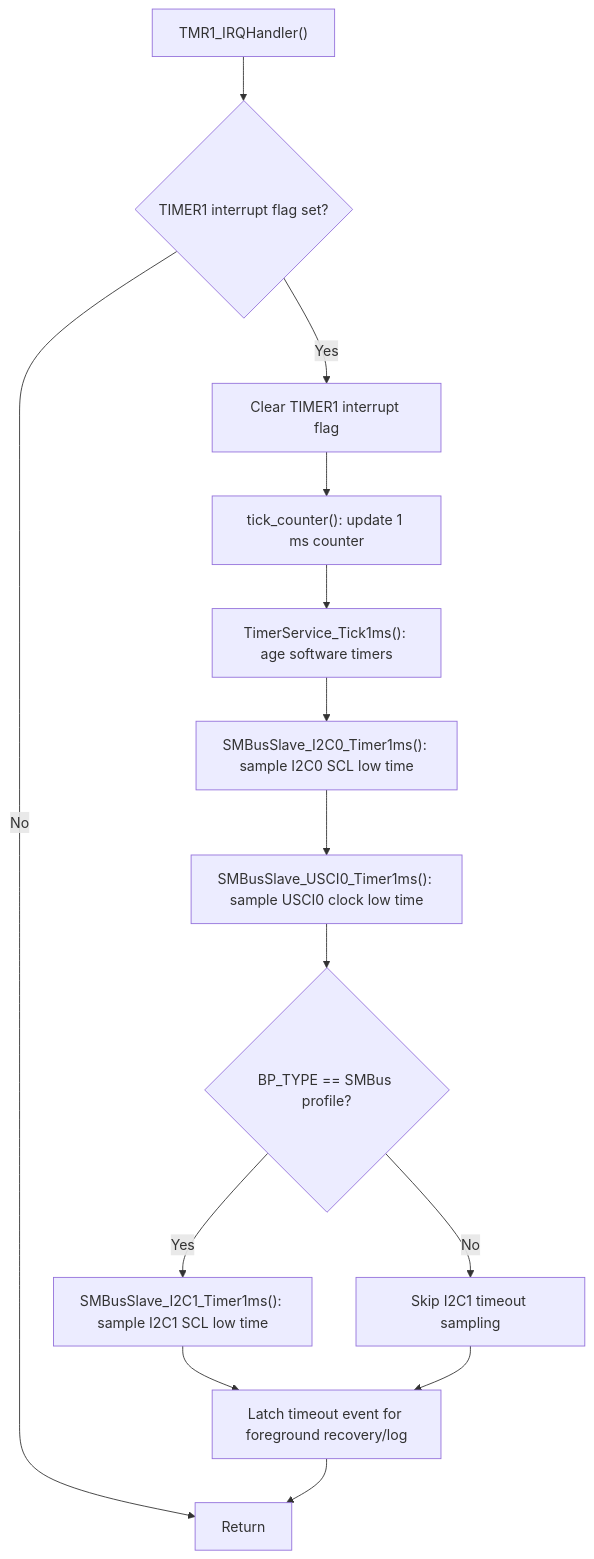
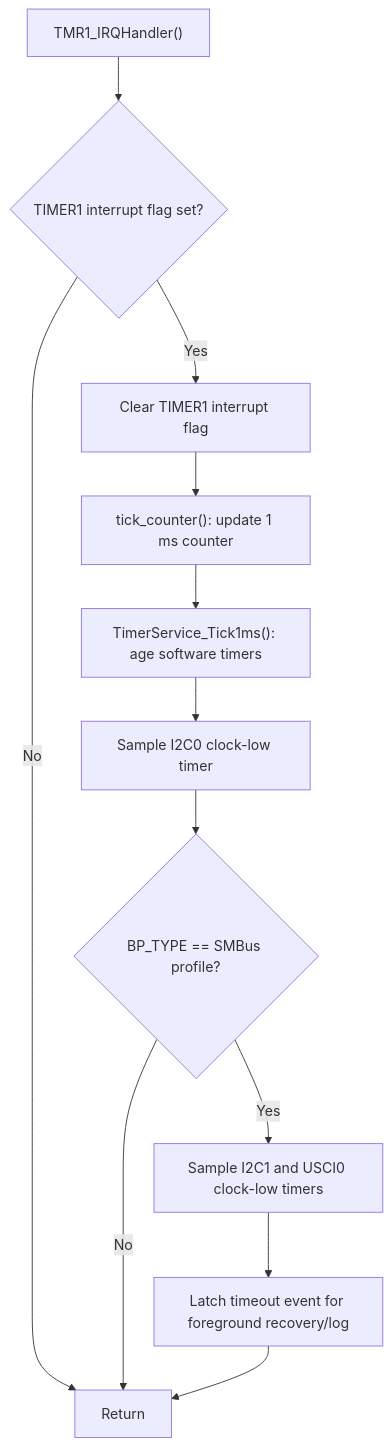
The second of 4 diagrams in README.md (released/M031BSP_Software_SGPIO_I2C_Slave), drawn with Mermaid before and after one commit. The commit also changed other lines of this file and 40 other files, not shown here.

````diff
--- a/README.md
+++ b/README.md
@@ -182,16 +191,14 @@
 ```mermaid
 flowchart TD
     A["TMR1_IRQHandler()"] --> B{"TIMER1 interrupt flag set?"}
     B -->|No| Z["Return"]
     B -->|Yes| C["Clear TIMER1 interrupt flag"]
     C --> D["tick_counter(): update 1 ms counter"]
     D --> E["TimerService_Tick1ms(): age software timers"]
-    E --> F["SMBusSlave_I2C0_Timer1ms(): sample I2C0 SCL low time"]
-    F --> G["SMBusSlave_USCI0_Timer1ms(): sample USCI0 clock low time"]
-    G --> H{"BP_TYPE == SMBus profile?"}
-    H -->|Yes| I["SMBusSlave_I2C1_Timer1ms(): sample I2C1 SCL low time"]
-    H -->|No| J["Skip I2C1 timeout sampling"]
-    I --> K["Latch timeout event for foreground recovery/log"]
-    J --> K
-    K --> Z
+    E --> F["Sample I2C0 clock-low timer"]
+    F --> G{"BP_TYPE == SMBus profile?"}
+    G -->|Yes| H["Sample I2C1 and USCI0 clock-low timers"]
+    G -->|No| Z
+    H --> I["Latch timeout event for foreground recovery/log"]
+    I --> Z
 ```
````
